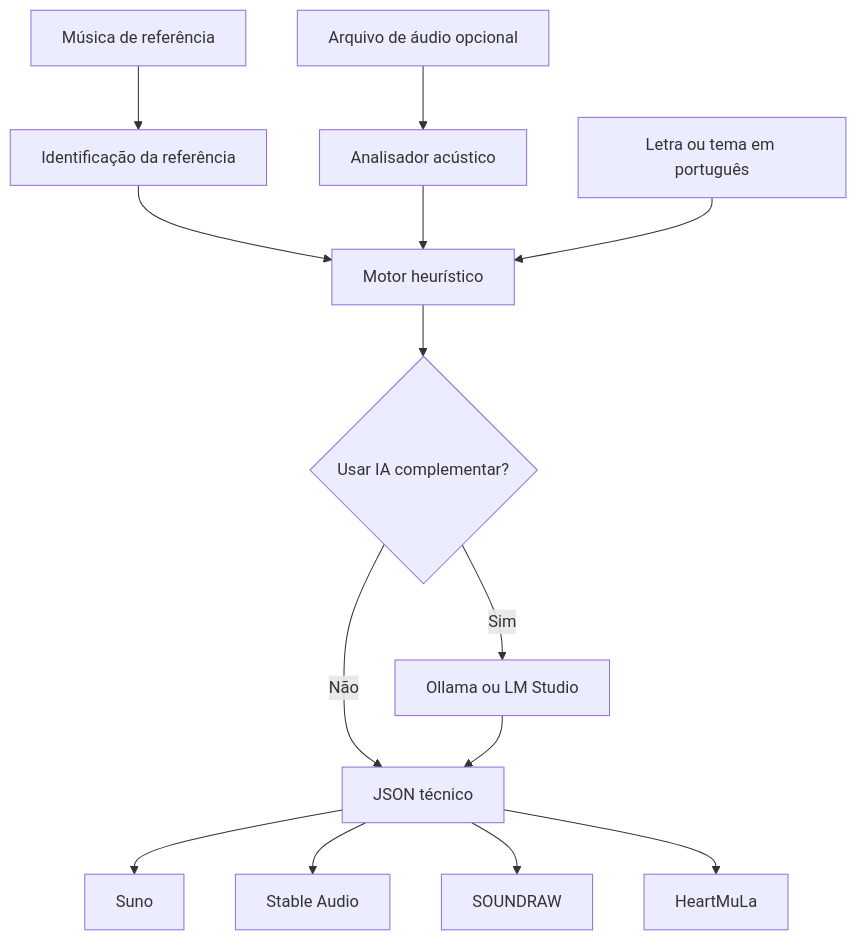
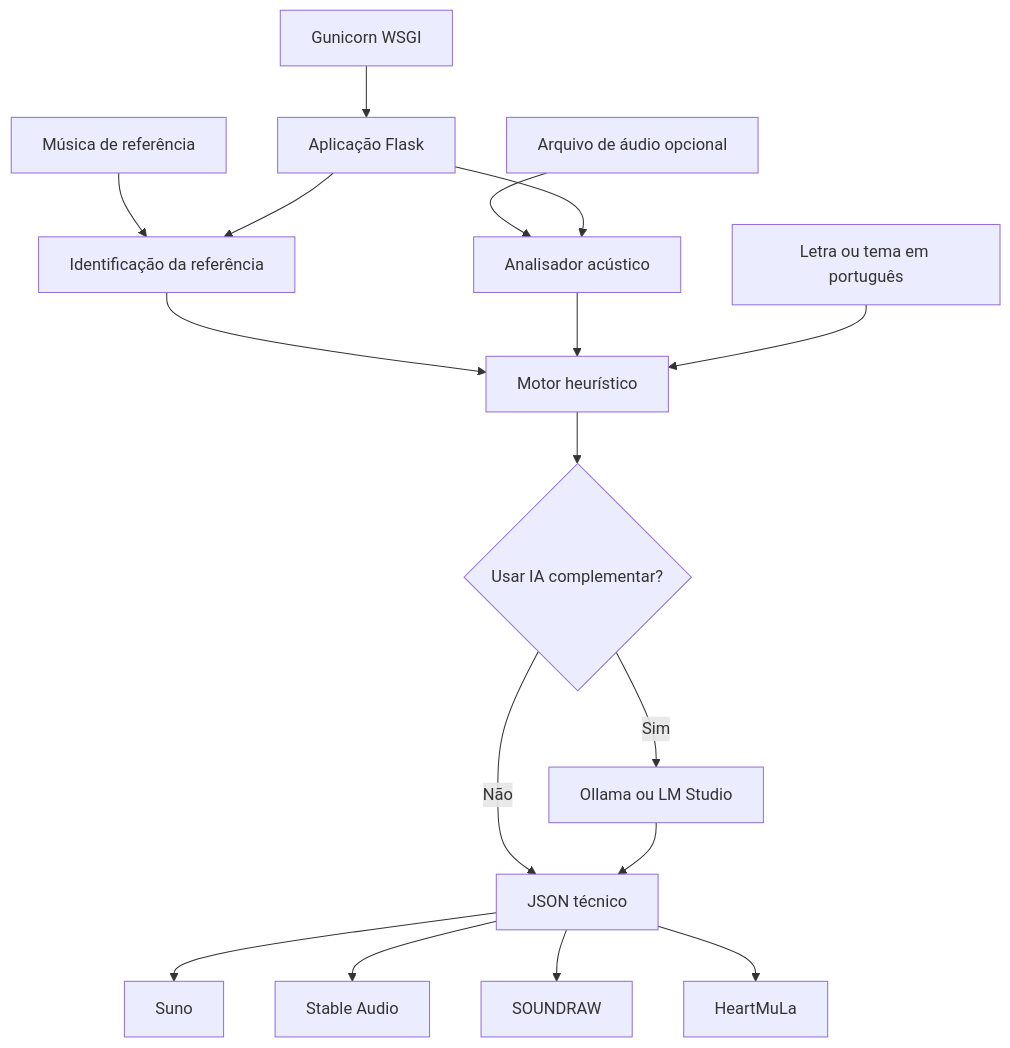
One commit to EduMiranda78/music-reference-lab changed the first of 2 diagrams in README.md. Above: the diagram before and after it, drawn with Mermaid. The commit also changed other lines of this file, not shown here.

Commit message:
Atualiza documentação para Gunicorn 0.4.1

````diff
--- a/README.md
+++ b/README.md
@@ -47,16 +50,19 @@
 ```mermaid
 flowchart TD
-    A[Música de referência] --> B[Identificação da referência]
+    W[Gunicorn WSGI] --> A[Aplicação Flask]
+    R[Música de referência] --> B[Identificação da referência]
     C[Arquivo de áudio opcional] --> D[Analisador acústico]
+    A --> B
+    A --> D
     B --> E[Motor heurístico]
     D --> E
     F[Letra ou tema em português] --> E
     E --> G{Usar IA complementar?}
     G -->|Não| H[JSON técnico]
     G -->|Sim| I[Ollama ou LM Studio]
     I --> H
     H --> S[Suno]
     H --> J[Stable Audio]
     H --> K[SOUNDRAW]
     H --> L[HeartMuLa]
 ```
````
